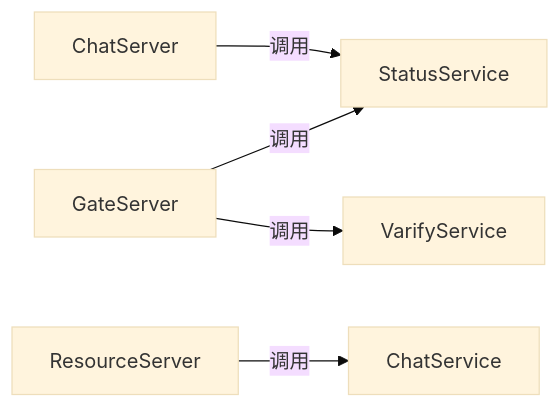
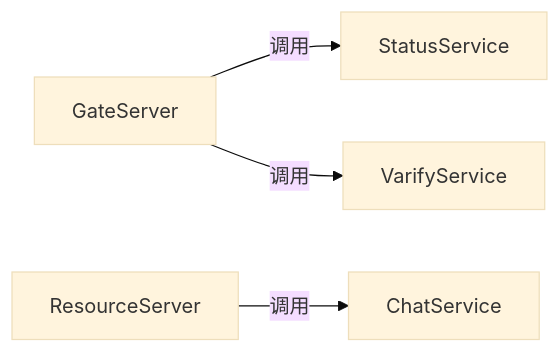
The fifth of 6 diagrams in .qoder/repowiki/zh/content/架构设计/通信协议设计/gRPC接口设计.md (echo9923/mychatter), drawn with Mermaid (base theme) before and after one commit. The commit also changed other lines of this file and 107 other files, not shown here.

````diff
--- a/.qoder/repowiki/zh/content/架构设计/通信协议设计/gRPC接口设计.md
+++ b/.qoder/repowiki/zh/content/架构设计/通信协议设计/gRPC接口设计.md
@@ -316,7 +320,6 @@
 ```mermaid
 graph LR
 Gate["GateServer"] --> |调用| StatusSvc["StatusService"]
 Gate --> |调用| VerifySvc["VarifyService"]
 Res["ResourceServer"] --> |调用| ChatSvc["ChatService"]
-ChatSrv["ChatServer"] --> |调用| StatusSvc
 ```
````
